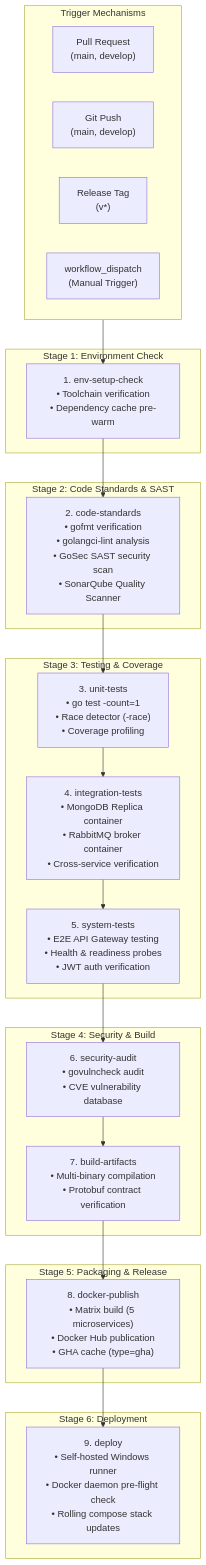
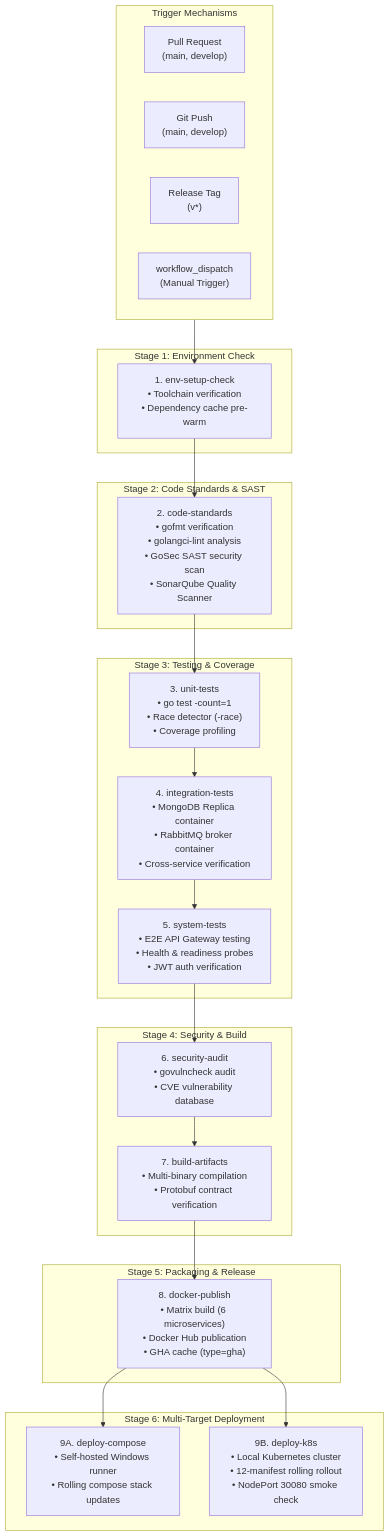
Before and after one commit to bkojha74/global-wallet-microservices: the diagram in docs/CICD_PIPELINE_GUIDE.md, drawn with Mermaid. The commit also changed other lines of this file and 7 other files, not shown here.

Commit message:
refactor: update makefile, documentation, deployment scripts, and CI workflow for multi-target container and Kubernetes deployments

````diff
--- a/docs/CICD_PIPELINE_GUIDE.md
+++ b/docs/CICD_PIPELINE_GUIDE.md
@@ -27,46 +27,48 @@
 ```mermaid
 flowchart TD
     subgraph Triggers["Trigger Mechanisms"]
         PR["Pull Request<br/>(main, develop)"]
         Push["Git Push<br/>(main, develop)"]
         Tag["Release Tag<br/>(v*)"]
         Manual["workflow_dispatch<br/>(Manual Trigger)"]
     end
 
     subgraph Phase1["Stage 1: Environment Check"]
         Env["1. env-setup-check<br/>• Toolchain verification<br/>• Dependency cache pre-warm"]
     end
 
     subgraph Phase2["Stage 2: Code Standards & SAST"]
         Standards["2. code-standards<br/>• gofmt verification<br/>• golangci-lint analysis<br/>• GoSec SAST security scan<br/>• SonarQube Quality Scanner"]
     end
 
     subgraph Phase3["Stage 3: Testing & Coverage"]
         Unit["3. unit-tests<br/>• go test -count=1<br/>• Race detector (-race)<br/>• Coverage profiling"]
         Integ["4. integration-tests<br/>• MongoDB Replica container<br/>• RabbitMQ broker container<br/>• Cross-service verification"]
         Sys["5. system-tests<br/>• E2E API Gateway testing<br/>• Health & readiness probes<br/>• JWT auth verification"]
     end
 
     subgraph Phase4["Stage 4: Security & Build"]
         Vuln["6. security-audit<br/>• govulncheck audit<br/>• CVE vulnerability database"]
         Build["7. build-artifacts<br/>• Multi-binary compilation<br/>• Protobuf contract verification"]
     end
 
     subgraph Phase5["Stage 5: Packaging & Release"]
-        Pub["8. docker-publish<br/>• Matrix build (5 microservices)<br/>• Docker Hub publication<br/>• GHA cache (type=gha)"]
+        Pub["8. docker-publish<br/>• Matrix build (6 microservices)<br/>• Docker Hub publication<br/>• GHA cache (type=gha)"]
     end
 
-    subgraph Phase6["Stage 6: Deployment"]
-        Deploy["9. deploy<br/>• Self-hosted Windows runner<br/>• Docker daemon pre-flight check<br/>• Rolling compose stack updates"]
+    subgraph Phase6["Stage 6: Multi-Target Deployment"]
+        DeployCompose["9A. deploy-compose<br/>• Self-hosted Windows runner<br/>• Rolling compose stack updates"]
+        DeployK8s["9B. deploy-k8s<br/>• Local Kubernetes cluster<br/>• 12-manifest rolling rollout<br/>• NodePort 30080 smoke check"]
     end
 
     Triggers --> Env
     Env --> Standards
     Standards --> Unit
     Unit --> Integ
     Integ --> Sys
     Sys --> Vuln
     Vuln --> Build
     Build --> Pub
-    Pub --> Deploy
+    Pub --> DeployCompose
+    Pub --> DeployK8s
 ```
````
